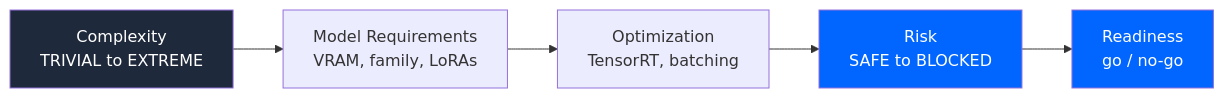
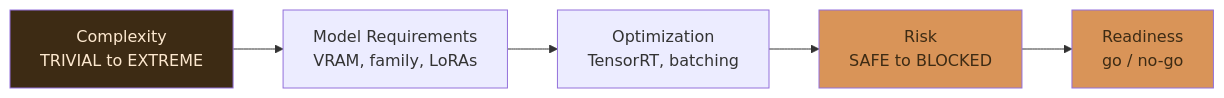
One commit to JosephOIbrahim/Comfy-Cozy changed diagram 16 of 25 in README.md. Above: the diagram before and after it, drawn with Mermaid. The commit also changed other lines of this file, not shown here.

First line of the commit message:
[DOCS] Unify mermaid palette across 25 diagrams (warm amber/brown)

````diff
--- a/README.md
+++ b/README.md
@@ -784,11 +784,11 @@
 ```mermaid
 graph LR
     C[Complexity<br/>TRIVIAL to EXTREME] --> M[Model Requirements<br/>VRAM, family, LoRAs]
     M --> O[Optimization<br/>TensorRT, batching]
     O --> R[Risk<br/>SAFE to BLOCKED]
     R --> RD[Readiness<br/>go / no-go]
 
-    style C fill:#1e293b,color:#fff
-    style R fill:#0066FF,color:#fff
-    style RD fill:#0066FF,color:#fff
+    style C fill:#3d2b14,color:#fde8cf
+    style R fill:#d99458,color:#3d2b14
+    style RD fill:#d99458,color:#3d2b14
 ```
````
